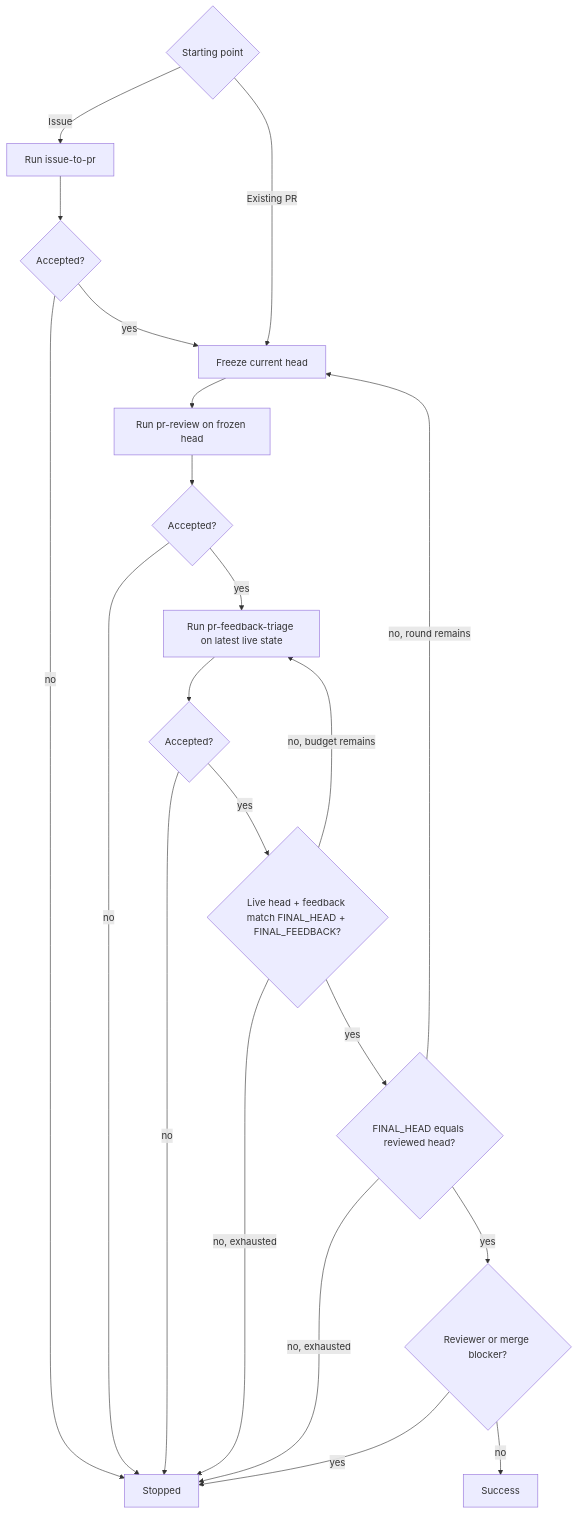
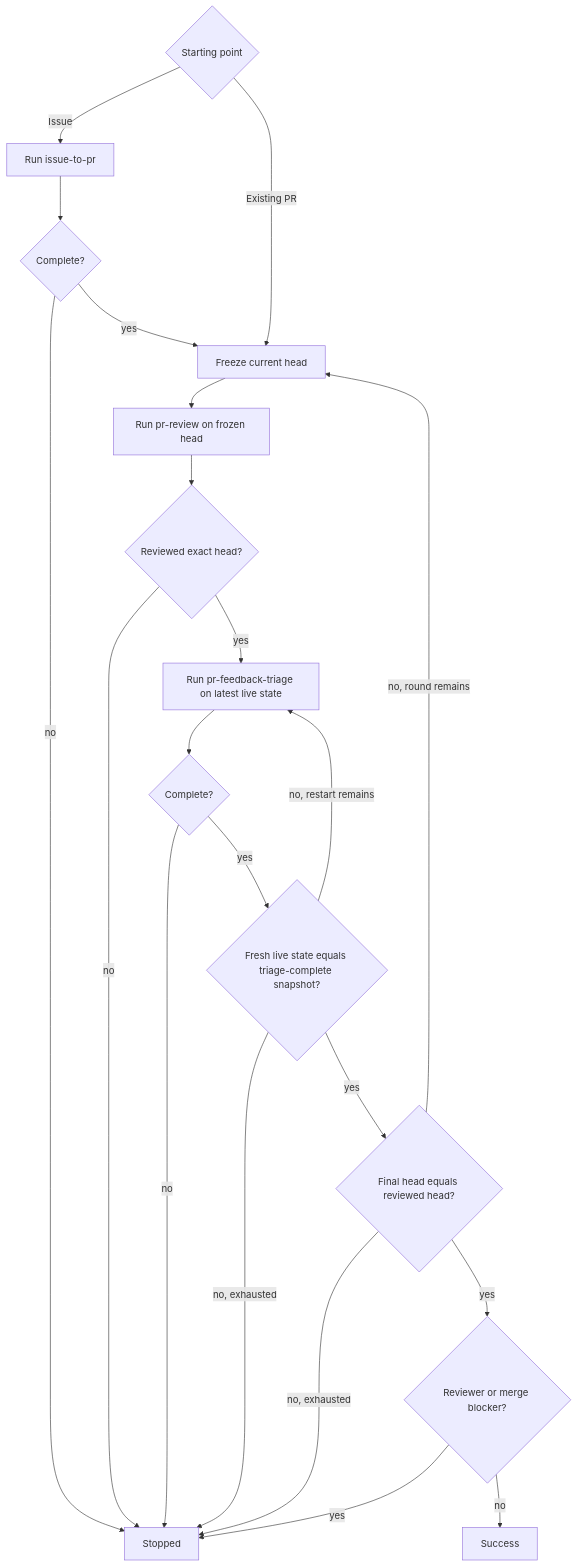
One commit to dceoy/pr-loop changed the diagram in skills/pr-loop/SKILL.md. Above: the diagram before and after it, drawn with Mermaid. The commit also changed other lines of this file, not shown here.

````diff
--- a/skills/pr-loop/SKILL.md
+++ b/skills/pr-loop/SKILL.md
@@ -34,23 +34,23 @@
 ```mermaid
 flowchart TD
   S{Starting point} -->|Issue| I[Run issue-to-pr]
   S -->|Existing PR| A[Freeze current head]
-  I --> J{Accepted?}
+  I --> J{Complete?}
   J -->|no| X[Stopped]
   J -->|yes| A
   A --> B[Run pr-review on frozen head]
-  B --> C{Accepted?}
+  B --> C{Reviewed exact head?}
   C -->|no| X
   C -->|yes| D[Run pr-feedback-triage on latest live state]
-  D --> E{Accepted?}
+  D --> E{Complete?}
   E -->|no| X
-  E -->|yes| F{Live head + feedback match FINAL_HEAD + FINAL_FEEDBACK?}
-  F -->|no, budget remains| D
+  E -->|yes| F{Fresh live state equals triage-complete snapshot?}
+  F -->|no, restart remains| D
   F -->|no, exhausted| X
-  F -->|yes| G{FINAL_HEAD equals reviewed head?}
+  F -->|yes| G{Final head equals reviewed head?}
   G -->|no, round remains| A
   G -->|no, exhausted| X
   G -->|yes| H{Reviewer or merge blocker?}
   H -->|yes| X
   H -->|no| Y[Success]
 ```
````
